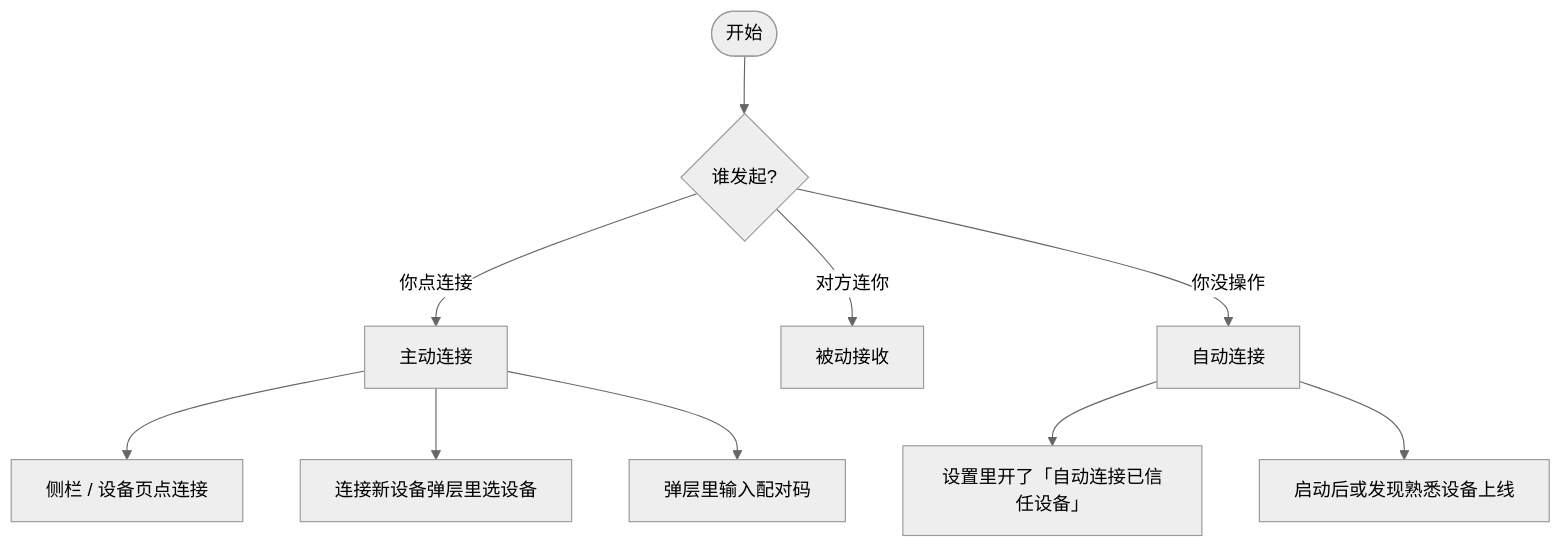
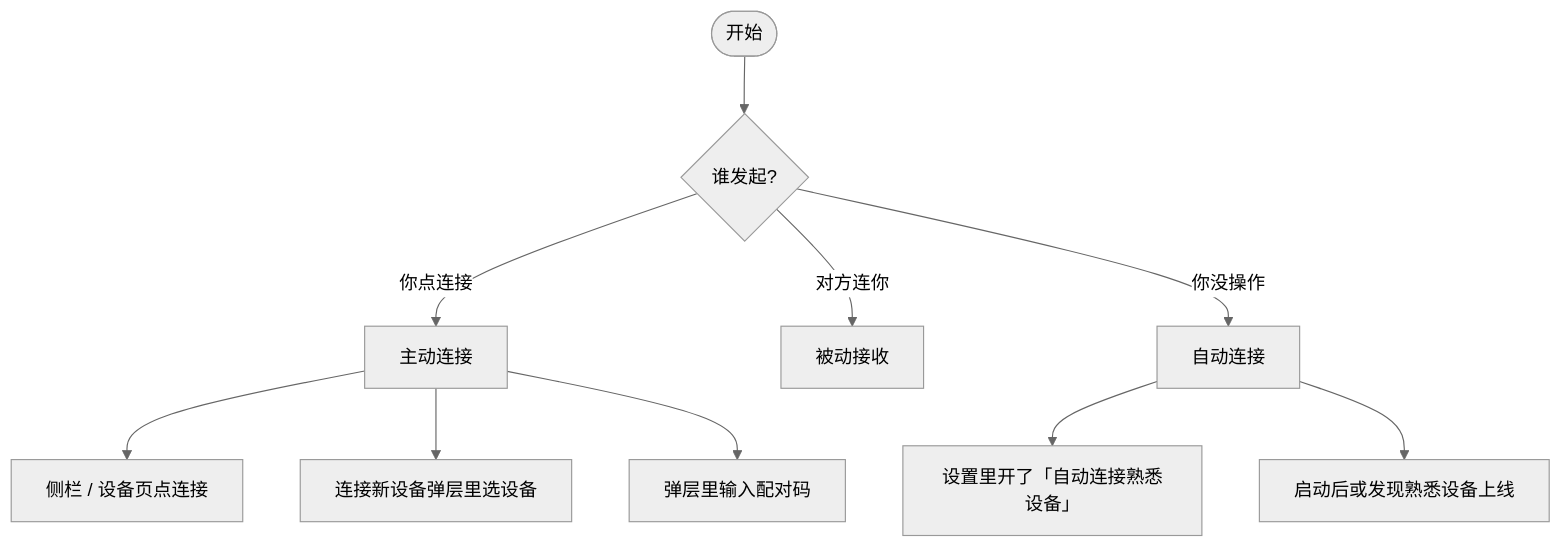
The first of 5 diagrams in CONNECTION.md (planarcat/planarclip), drawn with Mermaid (neutral theme) before and after one commit. The commit also changed other lines of this file and 15 other files, not shown here.

````diff
--- a/CONNECTION.md
+++ b/CONNECTION.md
@@ -62,14 +78,14 @@
 ```mermaid
 flowchart TD
   A([开始]) --> B{谁发起?}
   B -->|你点连接| C[主动连接]
   B -->|对方连你| D[被动接收]
   B -->|你没操作| E[自动连接]
 
   C --> C1[侧栏 / 设备页点连接]
   C --> C2[连接新设备弹层里选设备]
   C --> C2b[弹层里输入配对码]
 
-  E --> E1[设置里开了「自动连接已信任设备」]
+  E --> E1[设置里开了「自动连接熟悉设备」]
   E --> E2[启动后或发现熟悉设备上线]
 ```
````
